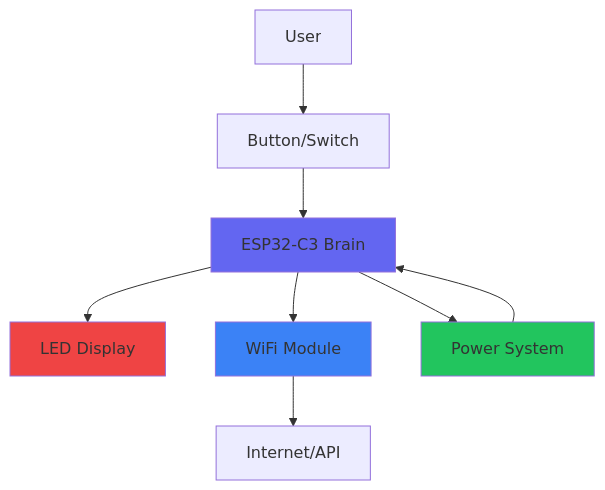
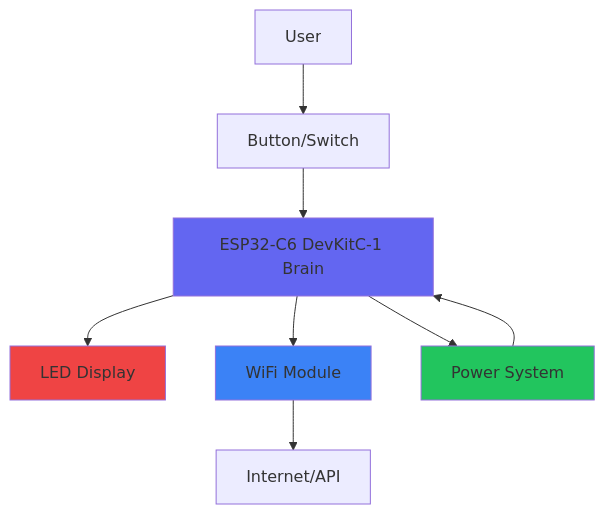
The diagram in docs-site/hardware/overview.md (lanterno/office-wall-clock), drawn with Mermaid before and after one commit. The commit also changed other lines of this file and 14 other files, not shown here.

Commit message:
Switch project to ESP32-C6 DevKitC-1

````diff
--- a/docs-site/hardware/overview.md
+++ b/docs-site/hardware/overview.md
@@ -9,15 +9,15 @@
 ```mermaid
 graph TD
     A[User] --> B[Button/Switch]
-    B --> C[ESP32-C3 Brain]
+    B --> C[ESP32-C6 DevKitC-1 Brain]
     C --> D[LED Display]
     C --> E[WiFi Module]
     C --> F[Power System]
     F --> C
     E --> G[Internet/API]
     
     style C fill:#6366f1
     style D fill:#ef4444
     style E fill:#3b82f6
     style F fill:#22c55e
 ```
````
